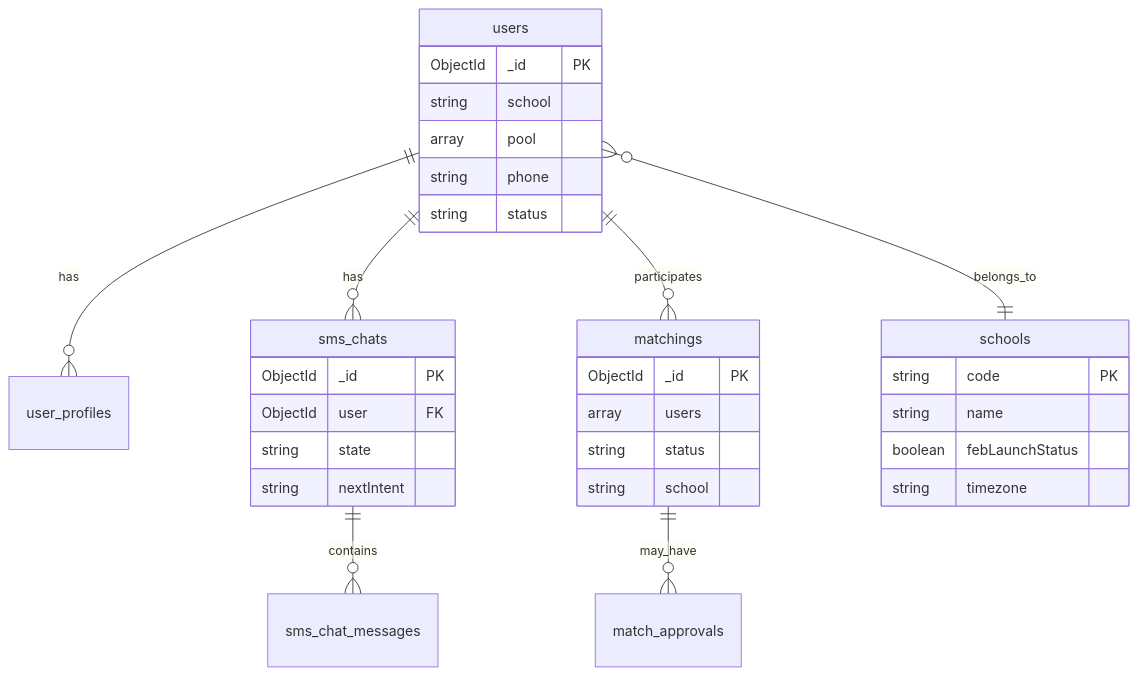
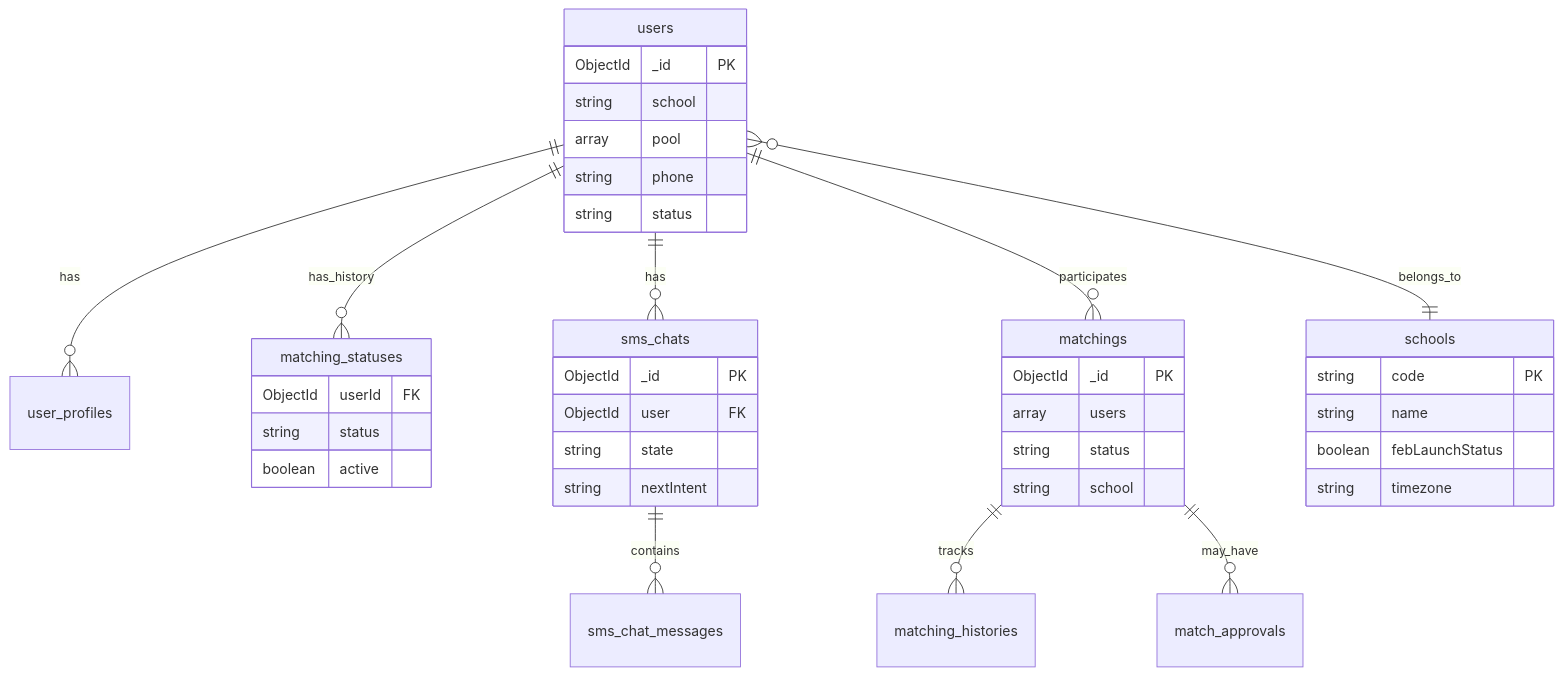
The diagram in diagrams/data-model.md (RyanJWili/README), drawn with Mermaid before and after one commit. The commit also changed other lines of this file and 21 other files, not shown here.

````diff
--- a/diagrams/data-model.md
+++ b/diagrams/data-model.md
@@ -5,34 +5,41 @@
 ```mermaid
 erDiagram
   users ||--o{ user_profiles : has
+  users ||--o{ matching_statuses : has_history
   users ||--o{ sms_chats : has
   users ||--o{ matchings : participates
   users }o--|| schools : belongs_to
   sms_chats ||--o{ sms_chat_messages : contains
+  matchings ||--o{ matching_histories : tracks
   matchings ||--o{ match_approvals : may_have
+  matching_statuses {
+    ObjectId userId FK
+    string status
+    boolean active
+  }
   schools {
     string code PK
     string name
     boolean febLaunchStatus
     string timezone
   }
   users {
     ObjectId _id PK
     string school
     array pool
     string phone
     string status
   }
   sms_chats {
     ObjectId _id PK
     ObjectId user FK
     string state
     string nextIntent
   }
   matchings {
     ObjectId _id PK
     array users
     string status
     string school
   }
 ```
````
